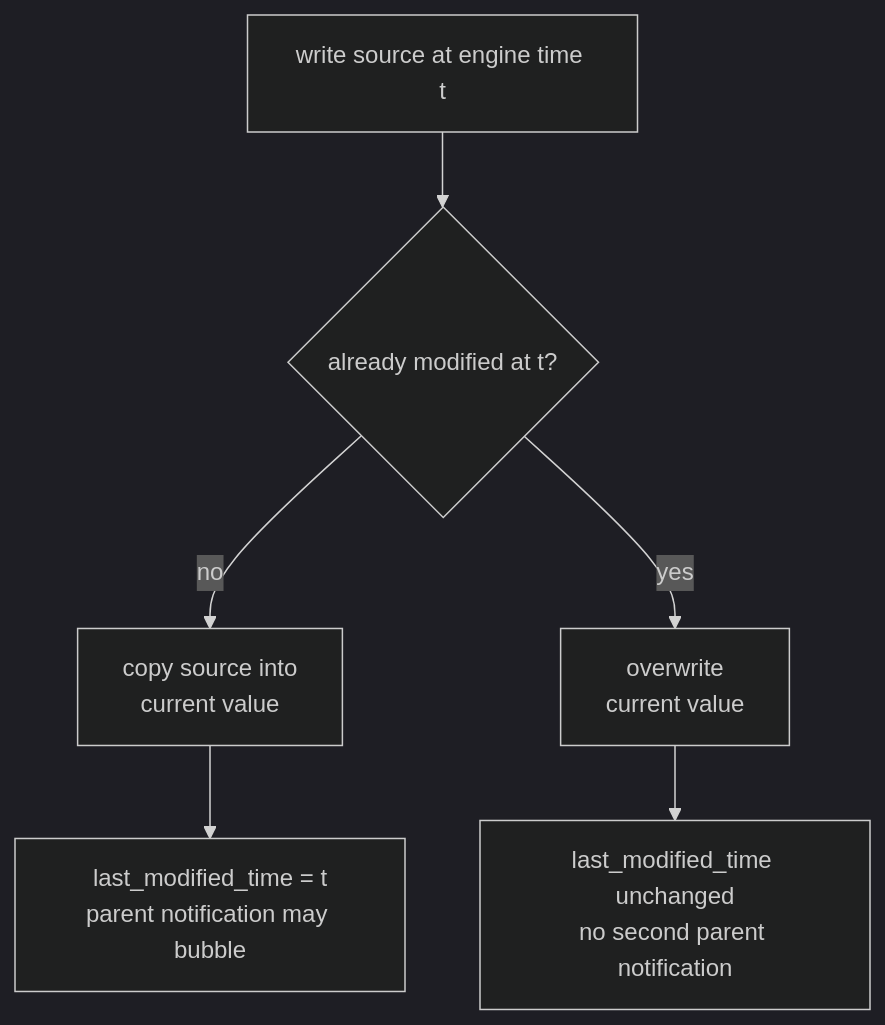
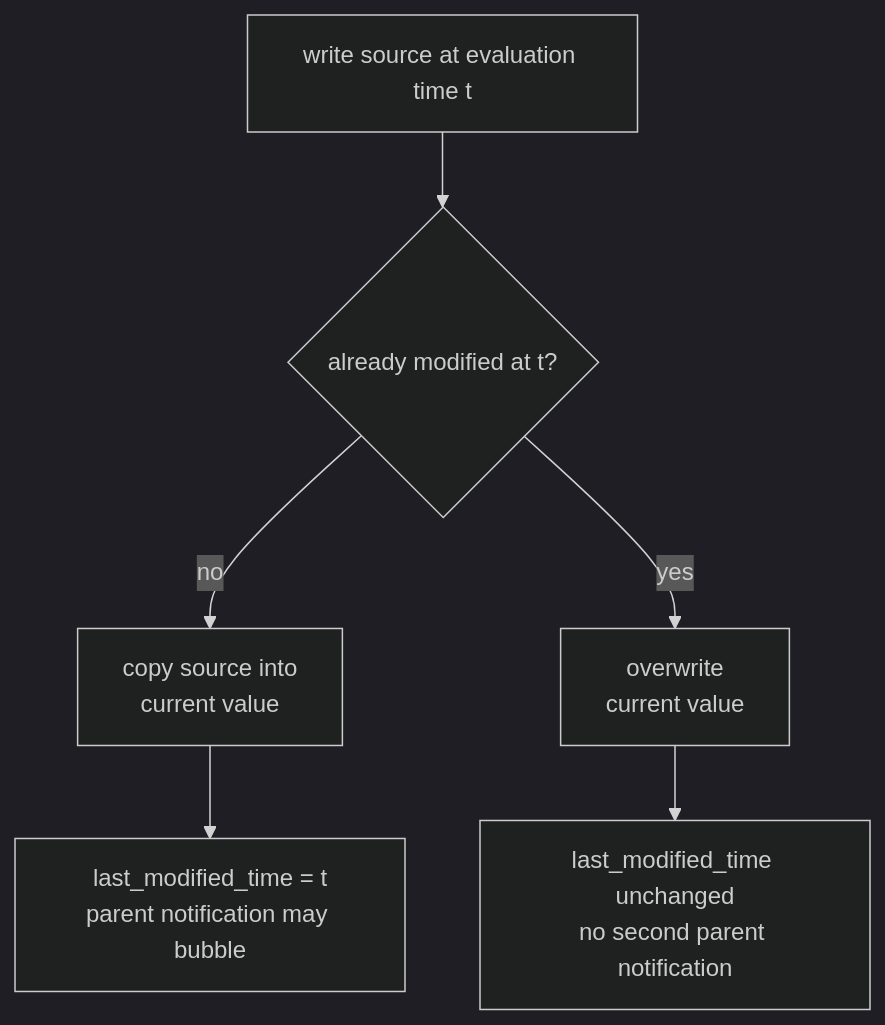
The fourth of 10 diagrams in docs/source/developer_guide/data_structures/plans_and_ops/time_series.rst (hhenson/hg_cpp), drawn with Mermaid (dark theme) before and after one commit. The commit also changed other lines of this file and 109 other files, not shown here.

```diff
--- a/docs/source/developer_guide/data_structures/plans_and_ops/time_series.rst
+++ b/docs/source/developer_guide/data_structures/plans_and_ops/time_series.rst
@@ -492,13 +492,13 @@
 .. mermaid::
 
    flowchart TD
-      Write["write source at engine time t"]
+      Write["write source at evaluation time t"]
       Check{"already modified at t?"}
       FirstCopy["copy source into<br/>current value"]
       FirstMark["last_modified_time = t<br/>parent notification may bubble"]
       OverwriteCopy["overwrite<br/>current value"]
       NoNotify["last_modified_time unchanged<br/>no second parent notification"]
 
       Write --> Check
       Check -->|no| FirstCopy --> FirstMark
       Check -->|yes| OverwriteCopy --> NoNotify
```
